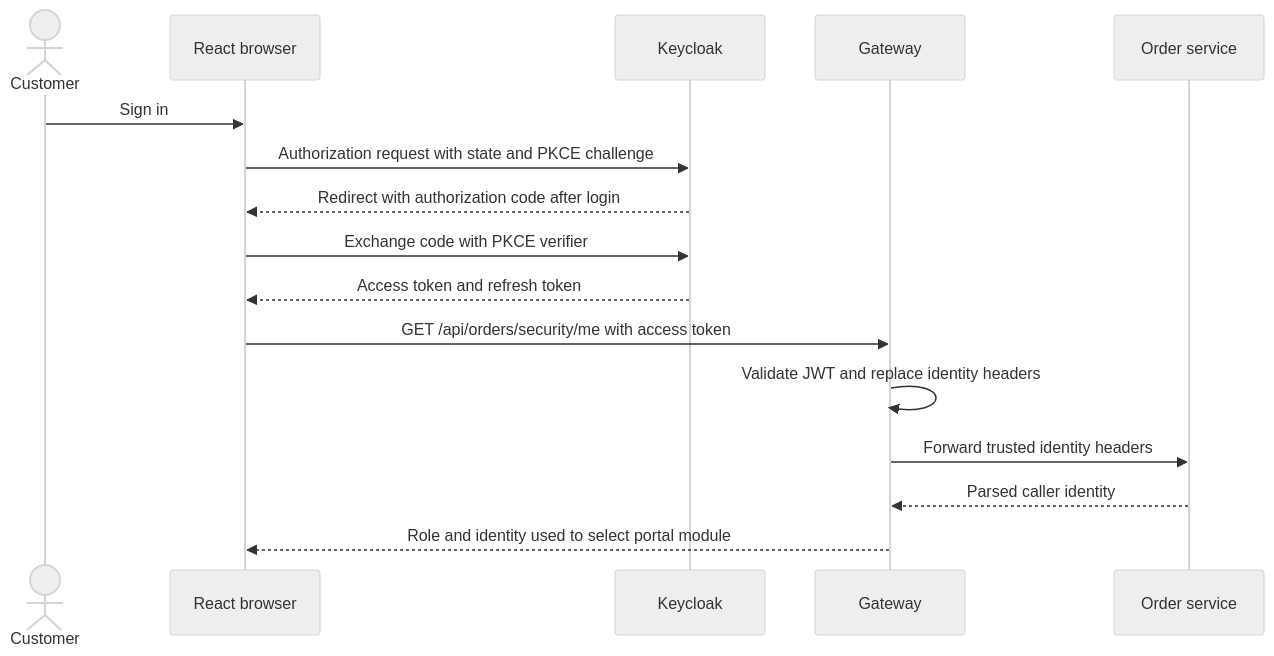
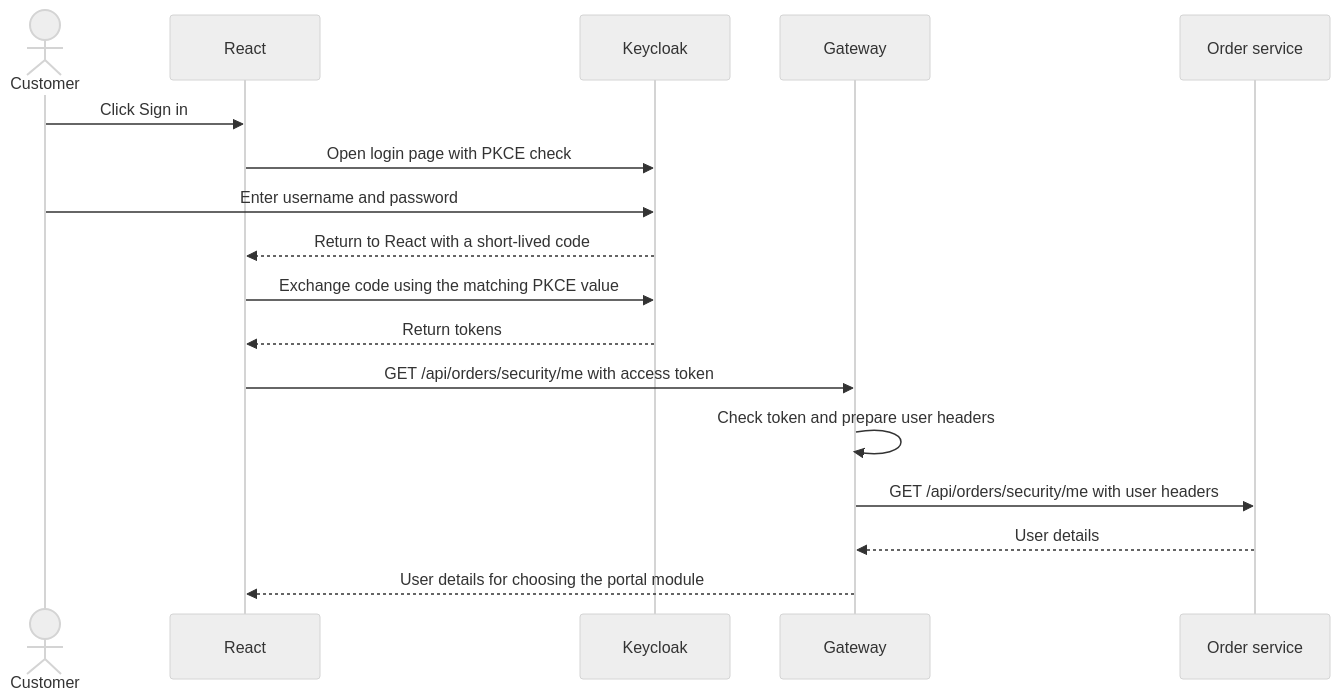
Before and after one commit to javatechguruji/microservices-workouts: the diagram in docs/api-gateway/03-gateway-security-oauth2-oidc-jwt.md, drawn with Mermaid (neutral theme). The commit also changed other lines of this file and 63 other files, not shown here.

````diff
--- a/docs/api-gateway/03-gateway-security-oauth2-oidc-jwt.md
+++ b/docs/api-gateway/03-gateway-security-oauth2-oidc-jwt.md
@@ -39,18 +39,19 @@
 ```mermaid
 sequenceDiagram
-    actor Customer
-    participant UI as React browser
-    participant KC as Keycloak
-    participant GW as Gateway
+    actor C as Customer
+    participant UI as React
+    participant K as Keycloak
+    participant G as Gateway
     participant O as Order service
-    Customer->>UI: Sign in
-    UI->>KC: Authorization request with state and PKCE challenge
-    KC-->>UI: Redirect with authorization code after login
-    UI->>KC: Exchange code with PKCE verifier
-    KC-->>UI: Access token and refresh token
-    UI->>GW: GET /api/orders/security/me with access token
-    GW->>GW: Validate JWT and replace identity headers
-    GW->>O: Forward trusted identity headers
-    O-->>GW: Parsed caller identity
-    GW-->>UI: Role and identity used to select portal module
+    C->>UI: Click Sign in
+    UI->>K: Open login page with PKCE check
+    C->>K: Enter username and password
+    K-->>UI: Return to React with a short-lived code
+    UI->>K: Exchange code using the matching PKCE value
+    K-->>UI: Return tokens
+    UI->>G: GET /api/orders/security/me with access token
+    G->>G: Check token and prepare user headers
+    G->>O: GET /api/orders/security/me with user headers
+    O-->>G: User details
+    G-->>UI: User details for choosing the portal module
 ```
````
